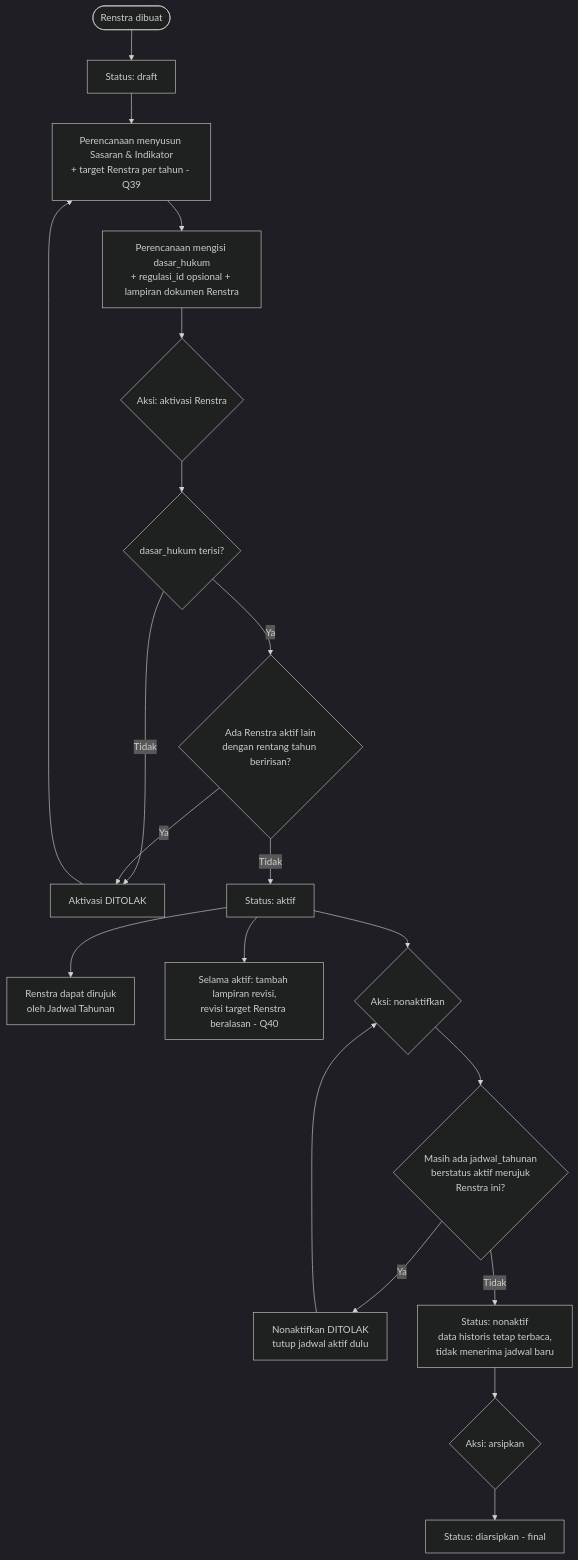
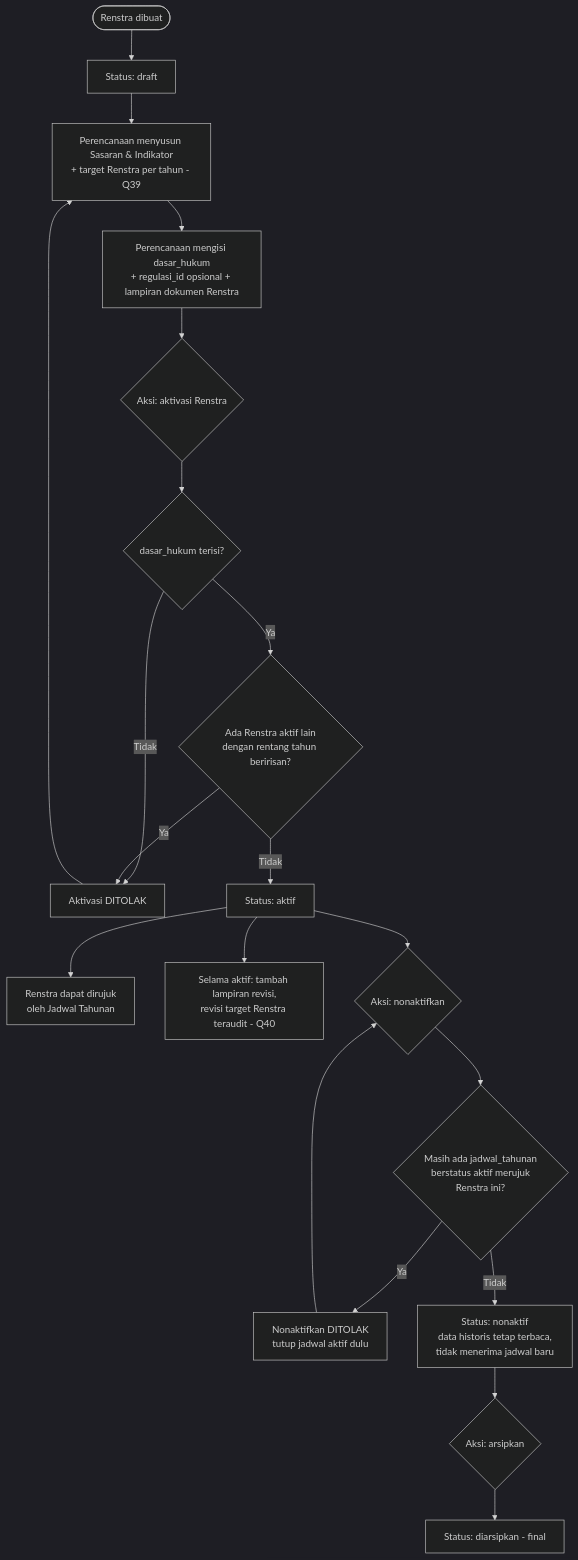
Before and after one commit to LLDIKTI-XVI-TEAM/SAKIP: the second of 21 diagrams in document/SAKIP - Workflow.md, drawn with Mermaid (dark theme). The commit also changed other lines of this file and 6 other files, not shown here.

First line of the commit message:
docs: selaraskan dokumen tim dengan target Renstra tanpa alasan

````diff
--- a/document/SAKIP - Workflow.md
+++ b/document/SAKIP - Workflow.md
@@ -334,22 +334,22 @@
 ```mermaid
 flowchart TD
     A([Renstra dibuat]) --> B[Status: draft]
     B --> C[Perencanaan menyusun Sasaran & Indikator\n+ target Renstra per tahun - Q39]
     C --> D[Perencanaan mengisi dasar_hukum\n+ regulasi_id opsional + lampiran dokumen Renstra]
     D --> E{Aksi: aktivasi Renstra}
     E --> F{dasar_hukum terisi?}
     F -- Tidak --> G[Aktivasi DITOLAK]
     F -- Ya --> H{Ada Renstra aktif lain\ndengan rentang tahun beririsan?}
     H -- Ya --> G
     H -- Tidak --> I[Status: aktif]
     G --> C
     I --> J[Renstra dapat dirujuk\noleh Jadwal Tahunan]
-    I --> I2[Selama aktif: tambah lampiran revisi,\nrevisi target Renstra beralasan - Q40]
+    I --> I2[Selama aktif: tambah lampiran revisi,\nrevisi target Renstra teraudit - Q40]
     I --> K{Aksi: nonaktifkan}
     K --> K2{Masih ada jadwal_tahunan\nberstatus aktif merujuk\nRenstra ini?}
     K2 -- Ya --> K3[Nonaktifkan DITOLAK\ntutup jadwal aktif dulu]
     K3 --> K
     K2 -- Tidak --> L[Status: nonaktif\ndata historis tetap terbaca,\ntidak menerima jadwal baru]
     L --> M{Aksi: arsipkan}
     M --> N[Status: diarsipkan - final]
 ```
````
